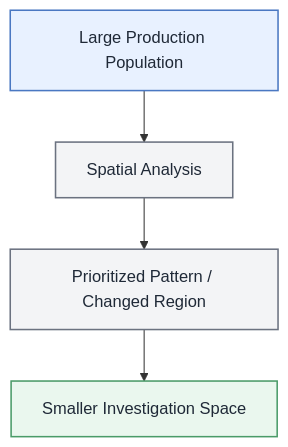
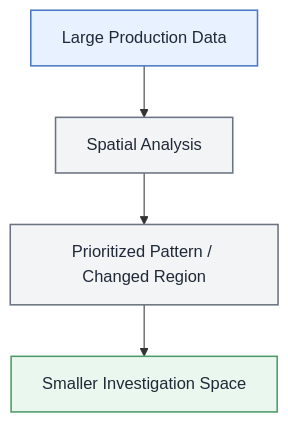
Before and after one commit to sengpakliew-maker/contamination-reject-spatial-analysis: the second of 9 diagrams in README.md, drawn with Mermaid. The commit also changed other lines of this file, not shown here.

````diff
--- a/README.md
+++ b/README.md
@@ -79,13 +84,13 @@
 ```mermaid
 flowchart TD
-    A[Large Production Population] --> B[Spatial Analysis]
+    A[Large Production Data] --> B[Spatial Analysis]
     B --> C[Prioritized Pattern / Changed Region]
     C --> D[Smaller Investigation Space]
 
     classDef input fill:#E8F1FF,stroke:#4A78C2,stroke-width:1.5px,color:#1F2937;
     classDef process fill:#F3F4F6,stroke:#6B7280,stroke-width:1.5px,color:#1F2937;
     classDef output fill:#EAF7EE,stroke:#4A9B68,stroke-width:1.5px,color:#1F2937;
     class A input;
     class B,C process;
     class D output;
 ```
````
